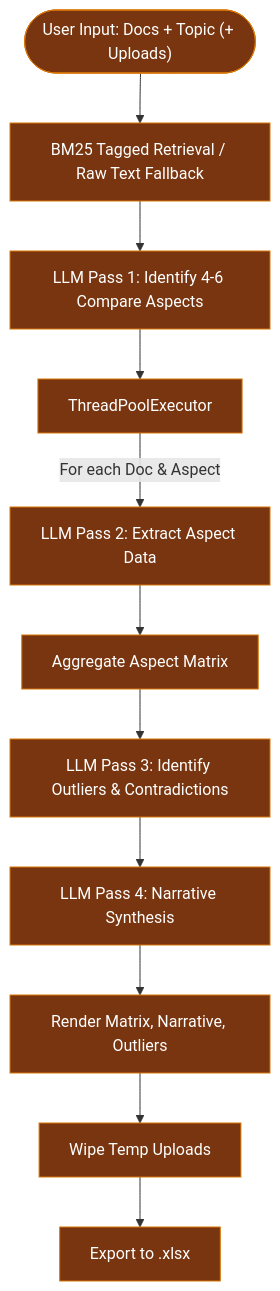
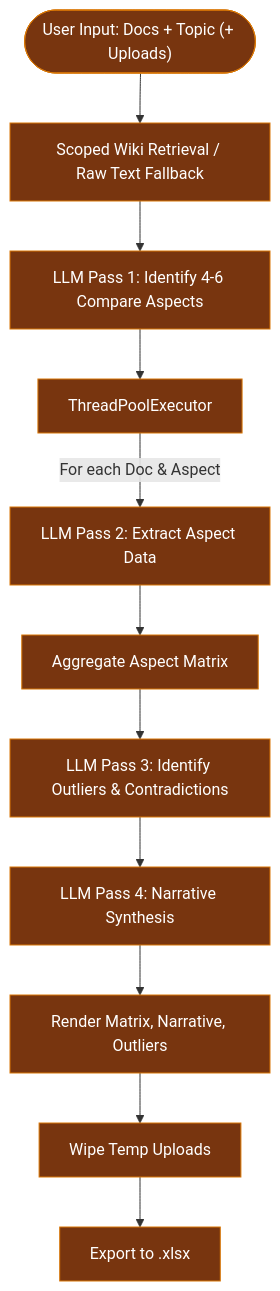
Before and after one commit to rhealaloo45/Legal-Wiki-RAG: the third of 7 diagrams in SYSTEM_OVERVIEW.md, drawn with Mermaid. The commit also changed other lines of this file and 9 other files, not shown here.

````diff
--- a/SYSTEM_OVERVIEW.md
+++ b/SYSTEM_OVERVIEW.md
@@ -117,20 +117,20 @@
 ```mermaid
 flowchart TD
     classDef compare fill:#78350f,stroke:#d97706,color:#fff
 
-    C_Start(["User Input: Docs + Topic (+ Uploads)"]) --> C_BM25["BM25 Tagged Retrieval / Raw Text Fallback"]
-    C_BM25 --> C_Aspects["LLM Pass 1: Identify 4-6 Compare Aspects"]
+    C_Start(["User Input: Docs + Topic (+ Uploads)"]) --> C_Retrieve["Scoped Wiki Retrieval / Raw Text Fallback"]
+    C_Retrieve --> C_Aspects["LLM Pass 1: Identify 4-6 Compare Aspects"]
     
     C_Aspects --> C_ThreadPool["ThreadPoolExecutor"]
     C_ThreadPool -->|For each Doc & Aspect| C_Extract["LLM Pass 2: Extract Aspect Data"]
     
     C_Extract --> C_Aggregate["Aggregate Aspect Matrix"]
     C_Aggregate --> C_Outliers["LLM Pass 3: Identify Outliers & Contradictions"]
     C_Outliers --> C_Synthesis["LLM Pass 4: Narrative Synthesis"]
     
     C_Synthesis --> C_UI["Render Matrix, Narrative, Outliers"]
     C_UI --> C_Wipe["Wipe Temp Uploads"]
     C_Wipe --> C_Export["Export to .xlsx"]
 
-    class C_Start,C_BM25,C_Aspects,C_ThreadPool,C_Extract,C_Aggregate,C_Outliers,C_Synthesis,C_UI,C_Wipe,C_Export compare
+    class C_Start,C_Retrieve,C_Aspects,C_ThreadPool,C_Extract,C_Aggregate,C_Outliers,C_Synthesis,C_UI,C_Wipe,C_Export compare
 ```
````
